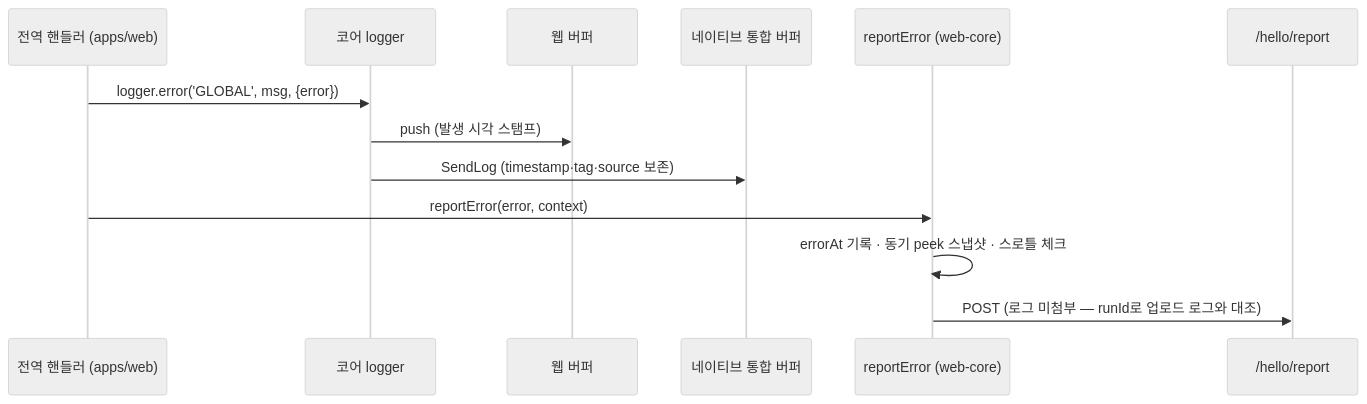
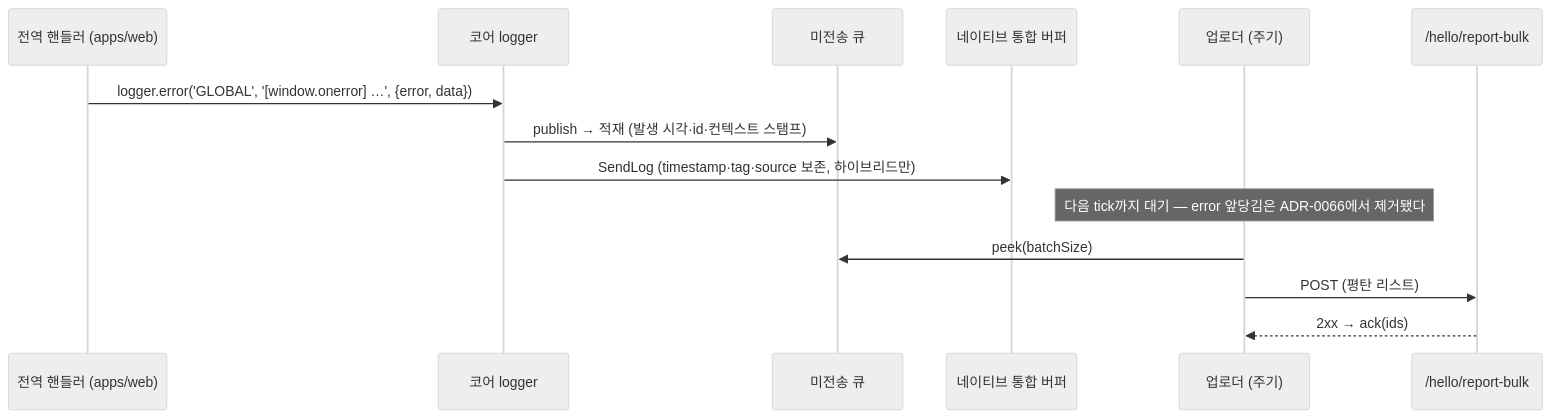
One commit to lemoncloud-io/dou-app changed the fourth of 6 diagrams in libs/logger/docs/architecture.md. Above: the diagram before and after it, drawn with Mermaid (neutral theme). The commit also changed other lines of this file and 972 other files, not shown here.

````diff
--- a/libs/logger/docs/architecture.md
+++ b/libs/logger/docs/architecture.md
@@ -262,16 +262,17 @@
 ```mermaid
 sequenceDiagram
     participant H as 전역 핸들러 (apps/web)
     participant L as 코어 logger
-    participant B as 웹 버퍼
+    participant Q as 미전송 큐
     participant N as 네이티브 통합 버퍼
-    participant R as reportError (web-core)
-    participant S as /hello/report
+    participant U as 업로더 (주기)
+    participant S as /hello/report-bulk
 
-    H->>L: logger.error('GLOBAL', msg, {error})
-    L->>B: push (발생 시각 스탬프)
-    L->>N: SendLog (timestamp·tag·source 보존)
-    H->>R: reportError(error, context)
-    R->>R: errorAt 기록 · 동기 peek 스냅샷 · 스로틀 체크
-    R->>S: POST (로그 미첨부 — runId로 업로드 로그와 대조)
+    H->>L: logger.error('GLOBAL', '[window.onerror] …', {error, data})
+    L->>Q: publish → 적재 (발생 시각·id·컨텍스트 스탬프)
+    L->>N: SendLog (timestamp·tag·source 보존, 하이브리드만)
+    Note over U: 다음 tick까지 대기 — error 앞당김은 ADR-0066에서 제거됐다
+    U->>Q: peek(batchSize)
+    U->>S: POST (평탄 리스트)
+    S-->>U: 2xx → ack(ids)
 ```
````
